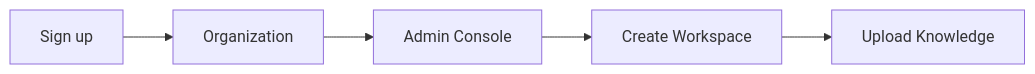
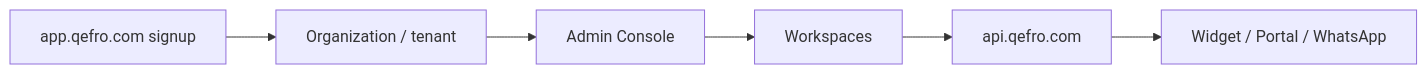
One commit to qefro-ai/qefro-documentation changed the diagram in docs/getting-started/installation.mdx. Above: the diagram before and after it, drawn with Mermaid. The commit also changed other lines of this file and 46 other files, not shown here.

````diff
--- a/docs/getting-started/installation.mdx
+++ b/docs/getting-started/installation.mdx
@@ -38,7 +50,8 @@
 ```mermaid
 flowchart LR
-  A[Sign up] --> B[Organization]
-  B --> C[Admin Console]
-  C --> D[Create Workspace]
-  D --> E[Upload Knowledge]
+  Signup[app.qefro.com signup] --> Org[Organization / tenant]
+  Org --> Console[Admin Console]
+  Console --> WS[Workspaces]
+  WS --> API[api.qefro.com]
+  API --> Exp[Widget / Portal / WhatsApp]
 ```
````
